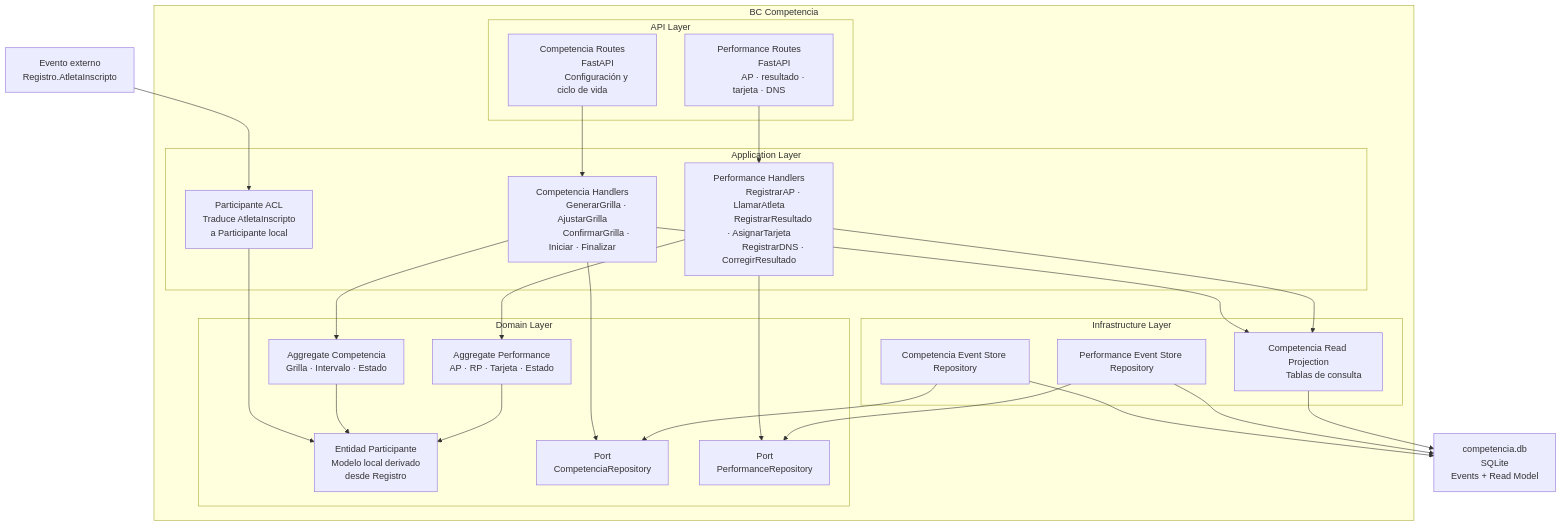
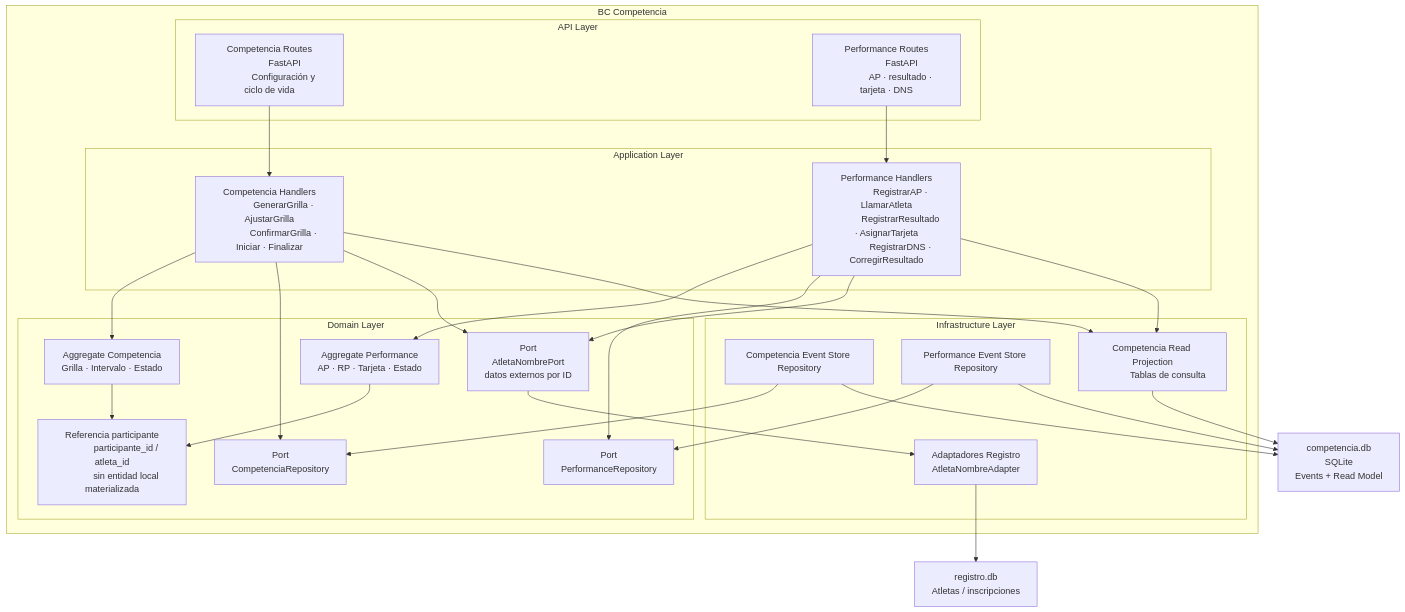
One commit to vvalotto/ataraxiadive changed the diagram in docs/architecture/10-bc-competencia.md. Above: the diagram before and after it, drawn with Mermaid. The commit also changed other lines of this file and 16 other files, not shown here.

````diff
--- a/docs/architecture/10-bc-competencia.md
+++ b/docs/architecture/10-bc-competencia.md
@@ -89,9 +89,6 @@
             RegistrarResultado · AsignarTarjeta
             RegistrarDNS · CorregirResultado"]
 
-            participante_acl["Participante ACL
-            Traduce AtletaInscripto
-            a Participante local"]
         end
 
         subgraph domain["Domain Layer"]
@@ -101,27 +98,33 @@
             performance_agg["Aggregate Performance
             AP · RP · Tarjeta · Estado"]
 
-            participante_entity["Entidad Participante
-            Modelo local derivado
-            desde Registro"]
+            participante_ref["Referencia participante
+            participante_id / atleta_id
+            sin entidad local materializada"]
 
             competencia_repo_port["Port
             CompetenciaRepository"]
 
             performance_repo_port["Port
             PerformanceRepository"]
+
+            registro_ports["Port
+            AtletaNombrePort
+            datos externos por ID"]
         end
 
         subgraph infrastructure["Infrastructure Layer"]
             competencia_repo["Competencia Event Store Repository"]
             performance_repo["Performance Event Store Repository"]
+            registro_adapters["Adaptadores Registro
+            AtletaNombreAdapter"]
             read_projection["Competencia Read Projection
             Tablas de consulta"]
         end
     end
 
-    registro_event["Evento externo
-    Registro.AtletaInscripto"]
+    registro_db["registro.db
+    Atletas / inscripciones"]
 
     competencia_db["competencia.db
     SQLite
@@ -135,6 +138,8 @@
 
     competencia_handlers --> competencia_repo_port
     performance_handlers --> performance_repo_port
+    competencia_handlers --> registro_ports
+    performance_handlers --> registro_ports
 
     competencia_repo --> competencia_repo_port
     performance_repo --> performance_repo_port
@@ -146,8 +151,8 @@
     competencia_handlers --> read_projection
     performance_handlers --> read_projection
 
-    registro_event --> participante_acl
-    participante_acl --> participante_entity
-    competencia_agg --> participante_entity
-    performance_agg --> participante_entity
+    registro_ports --> registro_adapters
+    registro_adapters --> registro_db
+    competencia_agg --> participante_ref
+    performance_agg --> participante_ref
 ```
````
